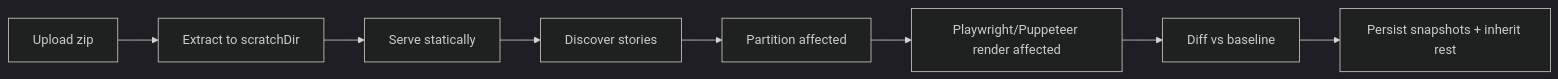
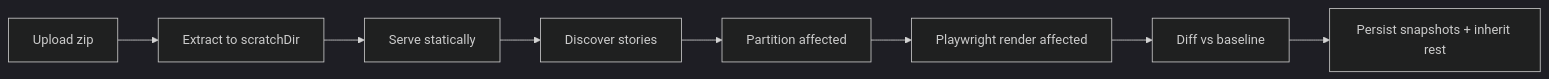
One commit to GuptaSiddhant/StoryShelf changed the diagram in apps/website/src/content/docs/concepts/capture.mdx. Above: the diagram before and after it, drawn with Mermaid (dark theme). The commit also changed other lines of this file and 11 other files, not shown here.

````diff
--- a/apps/website/src/content/docs/concepts/capture.mdx
+++ b/apps/website/src/content/docs/concepts/capture.mdx
@@ -27,10 +27,10 @@
 ```mermaid
 flowchart LR
     A[Upload zip] --> B[Extract to scratchDir]
     B --> C[Serve statically]
     C --> D[Discover stories]
     D --> E[Partition affected]
-    E --> F[Playwright/Puppeteer render affected]
+    E --> F[Playwright render affected]
     F --> G[Diff vs baseline]
     G --> H[Persist snapshots + inherit rest]
 ```
````
